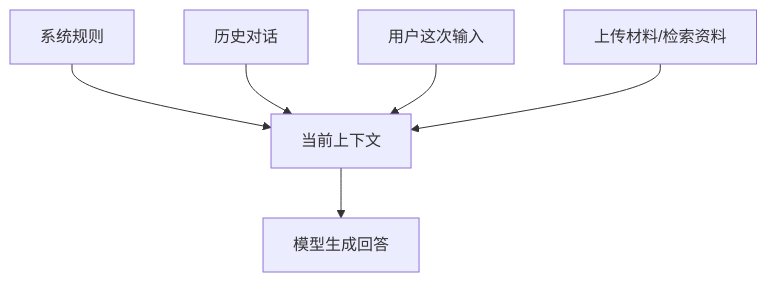
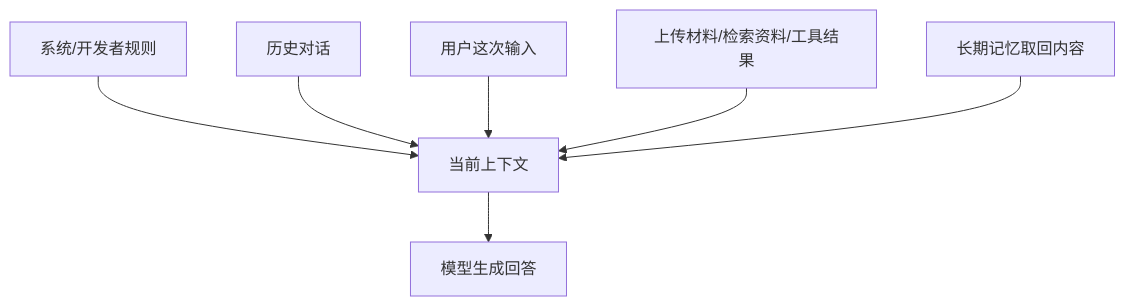
One commit to Unclecheng-li/Hello-AI changed the third of 4 diagrams in docs/basics/prompt-context-memory.md. Above: the diagram before and after it, drawn with Mermaid. The commit also changed other lines of this file and 33 other files, not shown here.

````diff
--- a/docs/basics/prompt-context-memory.md
+++ b/docs/basics/prompt-context-memory.md
@@ -94,8 +197,9 @@
-```mermaid
+~~~mermaid
 flowchart TD
-    A[系统规则] --> E[当前上下文]
+    A[系统/开发者规则] --> E[当前上下文]
     B[历史对话] --> E
     C[用户这次输入] --> E
-    D[上传材料/检索资料] --> E
-    E --> F[模型生成回答]
-```
+    D[上传材料/检索资料/工具结果] --> E
+    F[长期记忆取回内容] --> E
+    E --> G[模型生成回答]
+~~~
````
